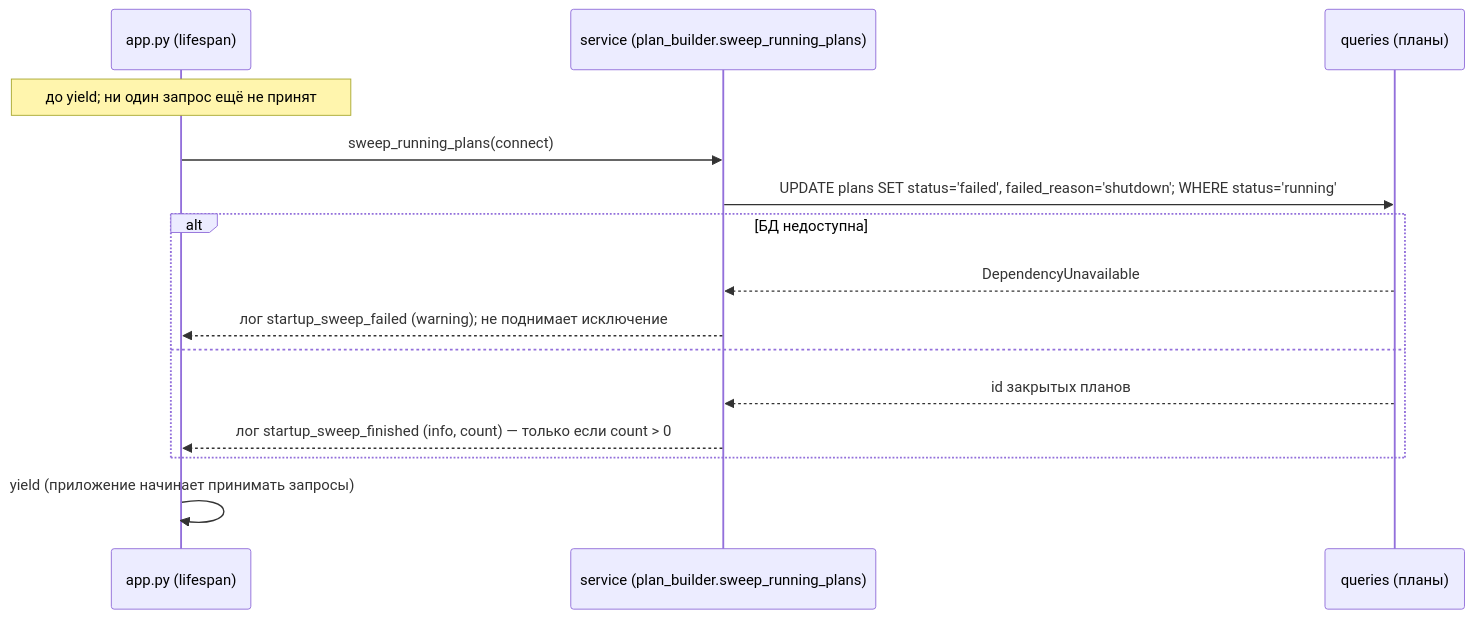
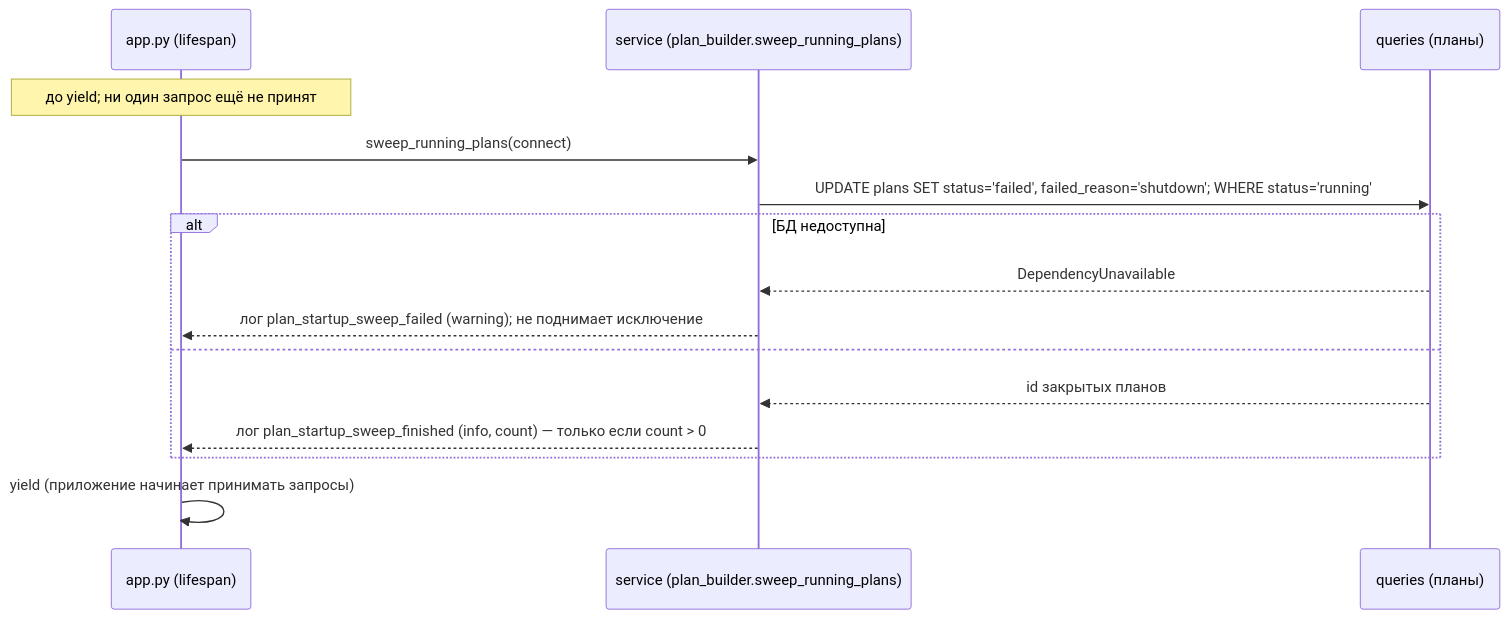
One commit to vseminoy/engineer_route_plan changed the sixth of 8 diagrams in back/src/service/sequence_diagrams.md. Above: the diagram before and after it, drawn with Mermaid. The commit also changed other lines of this file and 6 other files, not shown here.

````diff
--- a/back/src/service/sequence_diagrams.md
+++ b/back/src/service/sequence_diagrams.md
@@ -701,18 +704,18 @@
 ```mermaid
 sequenceDiagram
     participant Lifespan as app.py (lifespan)
     participant Sweep as service (plan_builder.sweep_running_plans)
     participant Repo as queries (планы)
 
     note over Lifespan: до yield#59; ни один запрос ещё не принят
     Lifespan->>Sweep: sweep_running_plans(connect)
     Sweep->>Repo: UPDATE plans SET status='failed', failed_reason='shutdown'#59; WHERE status='running'
     alt БД недоступна
         Repo-->>Sweep: DependencyUnavailable
-        Sweep-->>Lifespan: лог startup_sweep_failed (warning)#59; не поднимает исключение
+        Sweep-->>Lifespan: лог plan_startup_sweep_failed (warning)#59; не поднимает исключение
     else
         Repo-->>Sweep: id закрытых планов
-        Sweep-->>Lifespan: лог startup_sweep_finished (info, count) — только если count > 0
+        Sweep-->>Lifespan: лог plan_startup_sweep_finished (info, count) — только если count > 0
     end
     Lifespan->>Lifespan: yield (приложение начинает принимать запросы)
 ```
````
